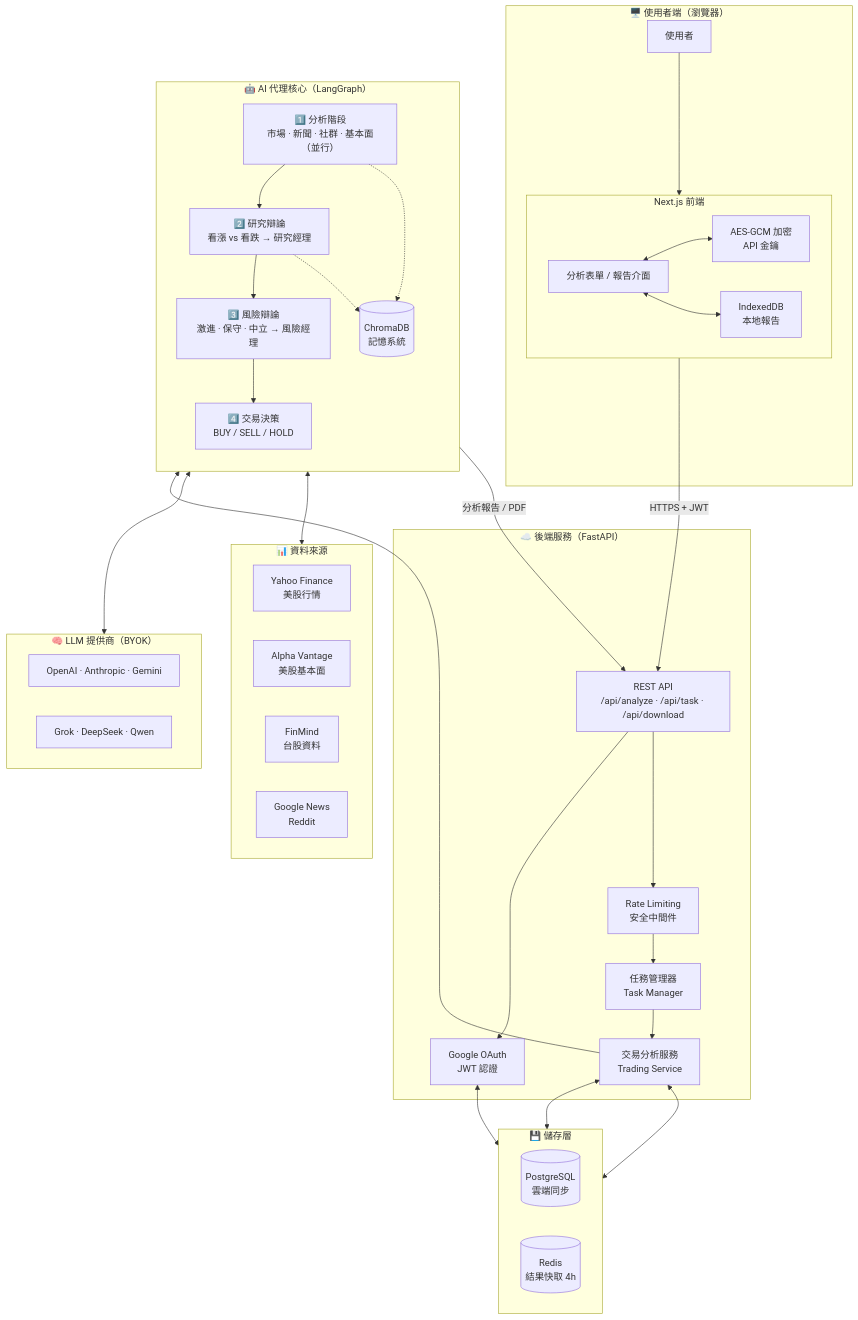
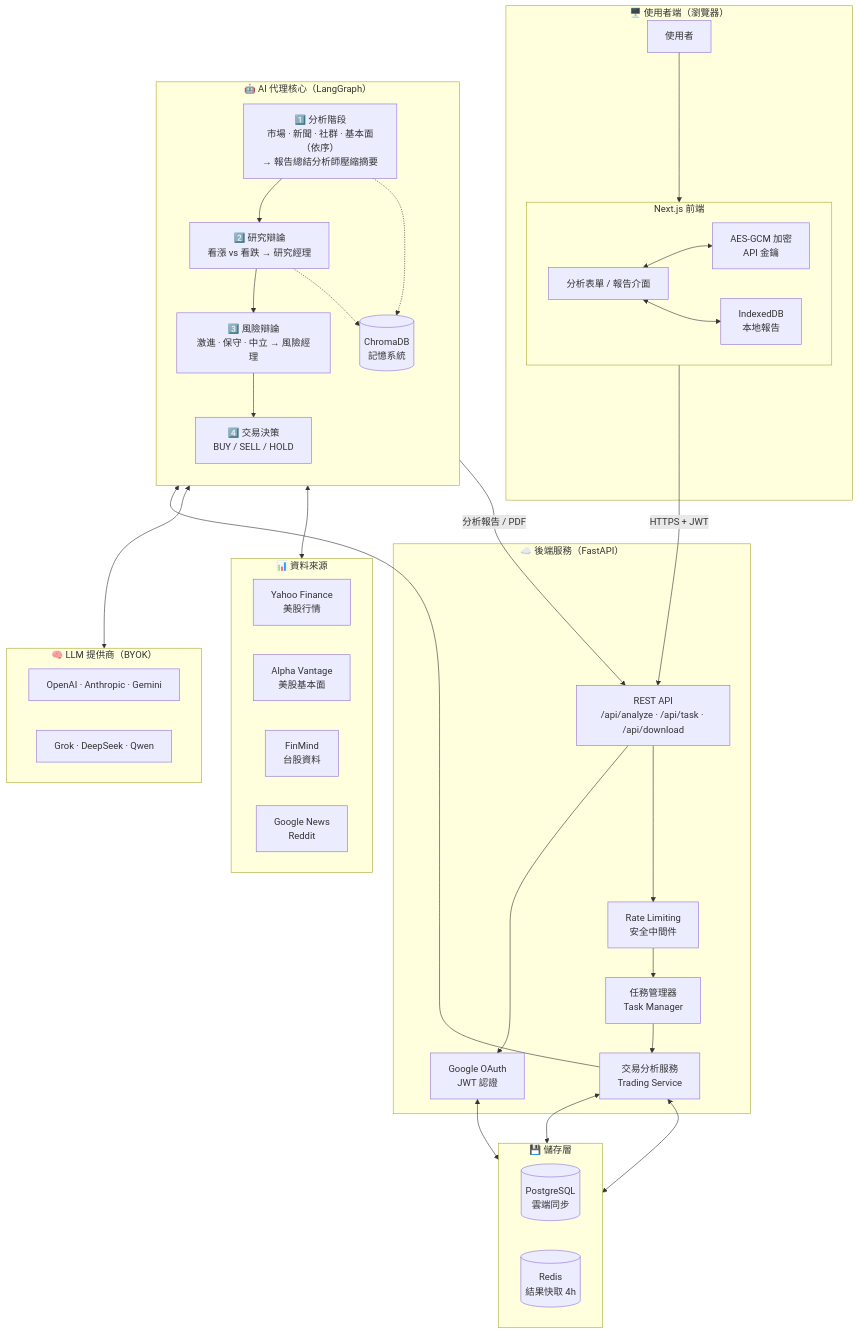
The diagram in README.md (Yao920127/TradingAgentsX), drawn with Mermaid before and after one commit. The commit also changed other lines of this file and 15 other files, not shown here.

````diff
--- a/README.md
+++ b/README.md
@@ -50,66 +50,66 @@
 ```mermaid
 flowchart TB
     subgraph Client["🖥️ 使用者端（瀏覽器）"]
         U["使用者"]
         subgraph FE["Next.js 前端"]
             direction LR
             UI["分析表單 / 報告介面"]
             CRYPTO["AES-GCM 加密<br/>API 金鑰"]
             IDB["IndexedDB<br/>本地報告"]
         end
     end
 
     subgraph Server["☁️ 後端服務（FastAPI）"]
         API["REST API<br/>/api/analyze · /api/task · /api/download"]
         RL["Rate Limiting<br/>安全中間件"]
         TM["任務管理器<br/>Task Manager"]
         TS["交易分析服務<br/>Trading Service"]
         AUTH["Google OAuth<br/>JWT 認證"]
     end
 
     subgraph Core["🤖 AI 代理核心（LangGraph）"]
         direction TB
-        P1["1️⃣ 分析階段<br/>市場 · 新聞 · 社群 · 基本面（並行）"]
+        P1["1️⃣ 分析階段<br/>市場 · 新聞 · 社群 · 基本面（依序）<br/>→ 報告總結分析師壓縮摘要"]
         P2["2️⃣ 研究辯論<br/>看漲 vs 看跌 → 研究經理"]
         P3["3️⃣ 風險辯論<br/>激進 · 保守 · 中立 → 風險經理"]
         P4["4️⃣ 交易決策<br/>BUY / SELL / HOLD"]
         P1 --> P2 --> P3 --> P4
         MEM[("ChromaDB<br/>記憶系統")]
     end
 
     subgraph Data["📊 資料來源"]
         direction LR
         YF["Yahoo Finance<br/>美股行情"]
         AV["Alpha Vantage<br/>美股基本面"]
         FM["FinMind<br/>台股資料"]
         NEWS["Google News<br/>Reddit"]
     end
 
     subgraph LLM["🧠 LLM 提供商（BYOK）"]
         direction LR
         L1["OpenAI · Anthropic · Gemini"]
         L2["Grok · DeepSeek · Qwen"]
     end
 
     subgraph Store["💾 儲存層"]
         direction LR
         PG[("PostgreSQL<br/>雲端同步")]
         RD[("Redis<br/>結果快取 4h")]
     end
 
     U --> UI
     UI <--> CRYPTO
     UI <--> IDB
     UI -->|HTTPS + JWT| API
     API --> RL --> TM --> TS
     API --> AUTH
     TS --> P1
     P4 -->|分析報告 / PDF| API
     Core <--> Data
     Core <--> LLM
     P1 -.-> MEM
     P2 -.-> MEM
     TS <--> RD
     AUTH <--> PG
     TS <--> PG
 ```
````
